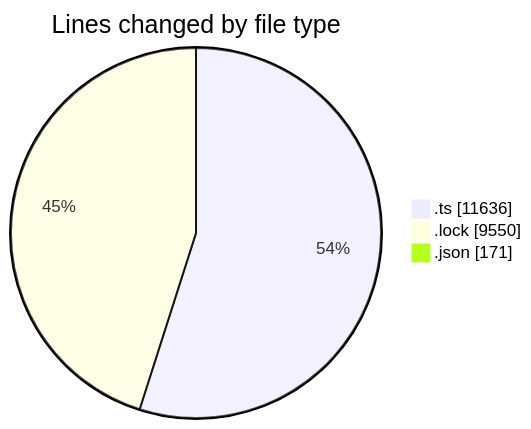
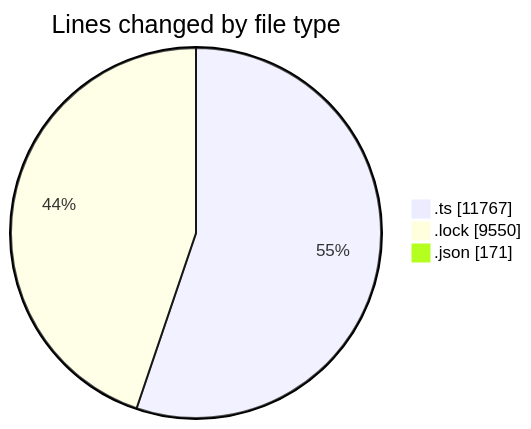
One commit to momahboobian/code-tracking changed the first of 2 diagrams in 2025-10-30/cda/README.md. Above: the diagram before and after it, drawn with Mermaid. The commit also changed other lines of this file and 1 other file, not shown here.

````diff
--- a/2025-10-30/cda/README.md
+++ b/2025-10-30/cda/README.md
@@ -28,7 +28,7 @@
 ```mermaid
 pie showData
 title Lines changed by file type
-".ts" : 11636
+".ts" : 11767
 ".lock" : 9550
 ".json" : 171
 ```
````
